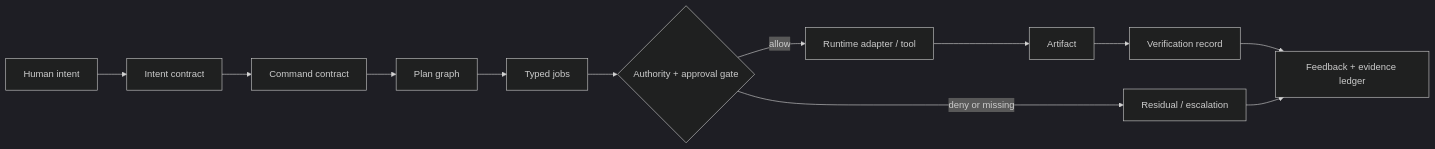
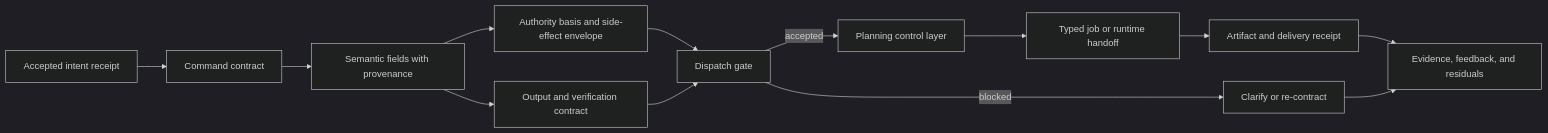
Before and after one commit to corbensorenson/asi-stack-book: the diagram in chapters/intent-to-execution-contracts.qmd, drawn with Mermaid (dark theme). The commit also changed other lines of this file and 61 other files, not shown here.

Commit message:
Merge command contracts into intent execution

````diff
--- a/chapters/intent-to-execution-contracts.qmd
+++ b/chapters/intent-to-execution-contracts.qmd
@@ -102,14 +174,15 @@
 ```{mermaid}
 flowchart LR
-  A["Human intent"] --> B["Intent contract"]
-  B --> C["Command contract"]
-  C --> D["Plan graph"]
-  D --> E["Typed jobs"]
-  E --> F{"Authority + approval gate"}
-  F -- "allow" --> G["Runtime adapter / tool"]
-  F -- "deny or missing" --> H["Residual / escalation"]
-  G --> I["Artifact"]
-  I --> J["Verification record"]
-  J --> K["Feedback + evidence ledger"]
-  H --> K
+  Intent["Accepted intent receipt"] --> Contract["Command contract"]
+  Contract --> Fields["Semantic fields with provenance"]
+  Fields --> Authority["Authority basis and side-effect envelope"]
+  Fields --> Output["Output and verification contract"]
+  Authority --> Gate["Dispatch gate"]
+  Output --> Gate
+  Gate -- "blocked" --> Recontract["Clarify or re-contract"]
+  Gate -- "accepted" --> Plan["Planning control layer"]
+  Plan --> Job["Typed job or runtime handoff"]
+  Job --> Artifact["Artifact and delivery receipt"]
+  Artifact --> Evidence["Evidence, feedback, and residuals"]
+  Recontract --> Evidence
 ```
````
